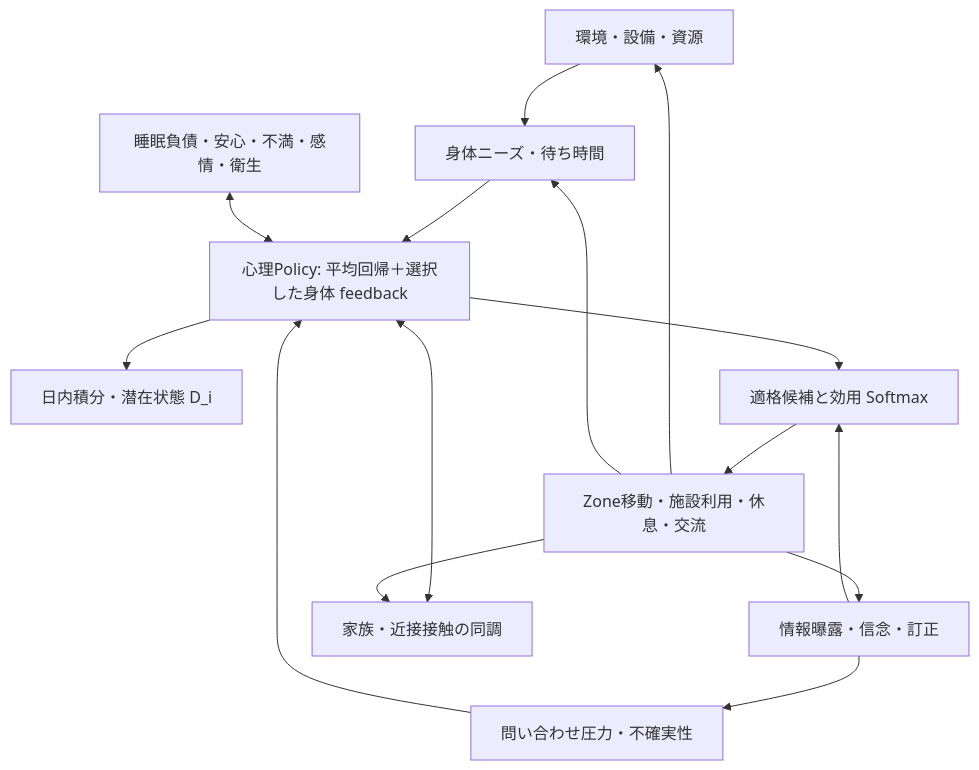
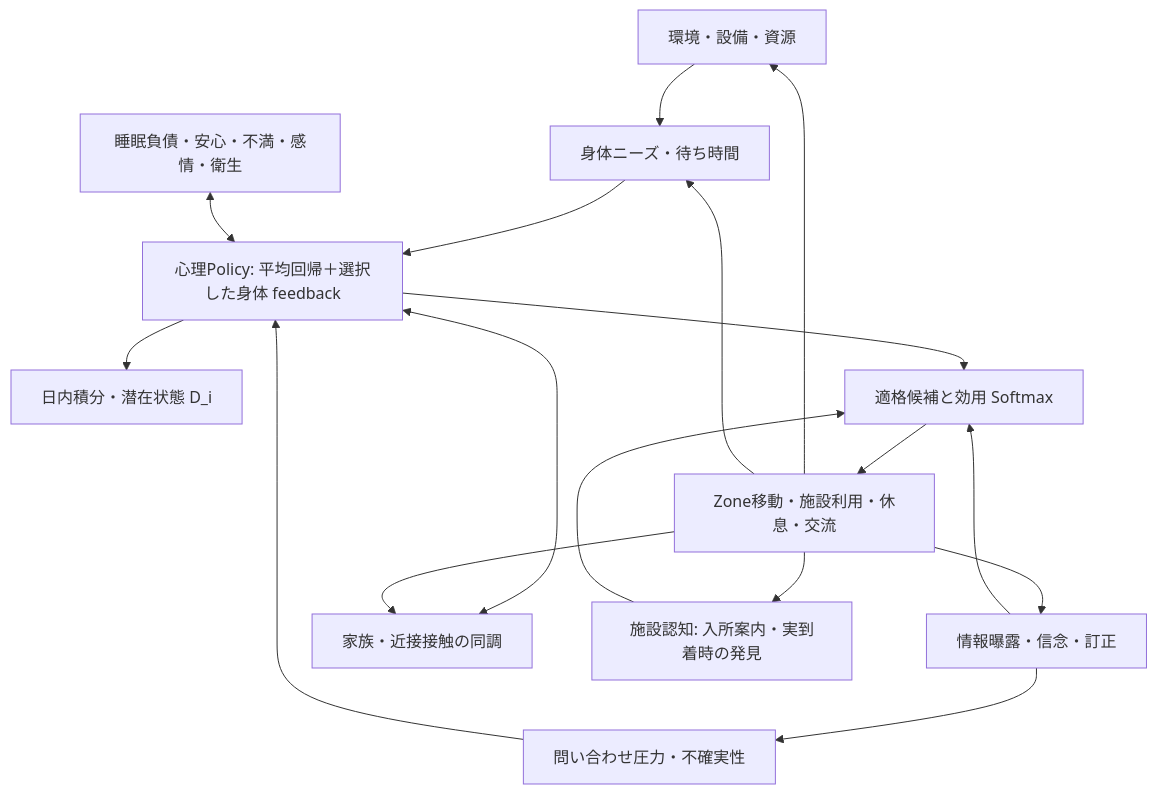
Before and after one commit to jphacks/tkb_2615: the diagram in docs/mathematical-models/07-model-integration.md, drawn with Mermaid. The commit also changed other lines of this file and 11 other files, not shown here.

````diff
--- a/docs/mathematical-models/07-model-integration.md
+++ b/docs/mathematical-models/07-model-integration.md
@@ -5,17 +5,19 @@
 ```mermaid
 flowchart TD
   ENV[環境・設備・資源] --> NEED[身体ニーズ・待ち時間]
   NEED --> PSY[心理Policy: 平均回帰＋選択した身体 feedback]
   INFO[情報曝露・信念・訂正] --> UNC[問い合わせ圧力・不確実性]
   UNC --> PSY
   BODY[睡眠負債・安心・不満・感情・衛生] <--> PSY
   PSY <--> SOCIAL[家族・近接接触の同調]
   PSY --> DAILY[日内積分・潜在状態 D_i]
   INFO --> CHOICE[適格候補と効用 Softmax]
   PSY --> CHOICE
   CHOICE --> MOVE[Zone移動・施設利用・休息・交流]
   MOVE --> ENV
   MOVE --> NEED
   MOVE --> SOCIAL
   MOVE --> INFO
+  AWARE[施設認知: 入所案内・実到着時の発見] --> CHOICE
+  MOVE --> AWARE
 ```
````
